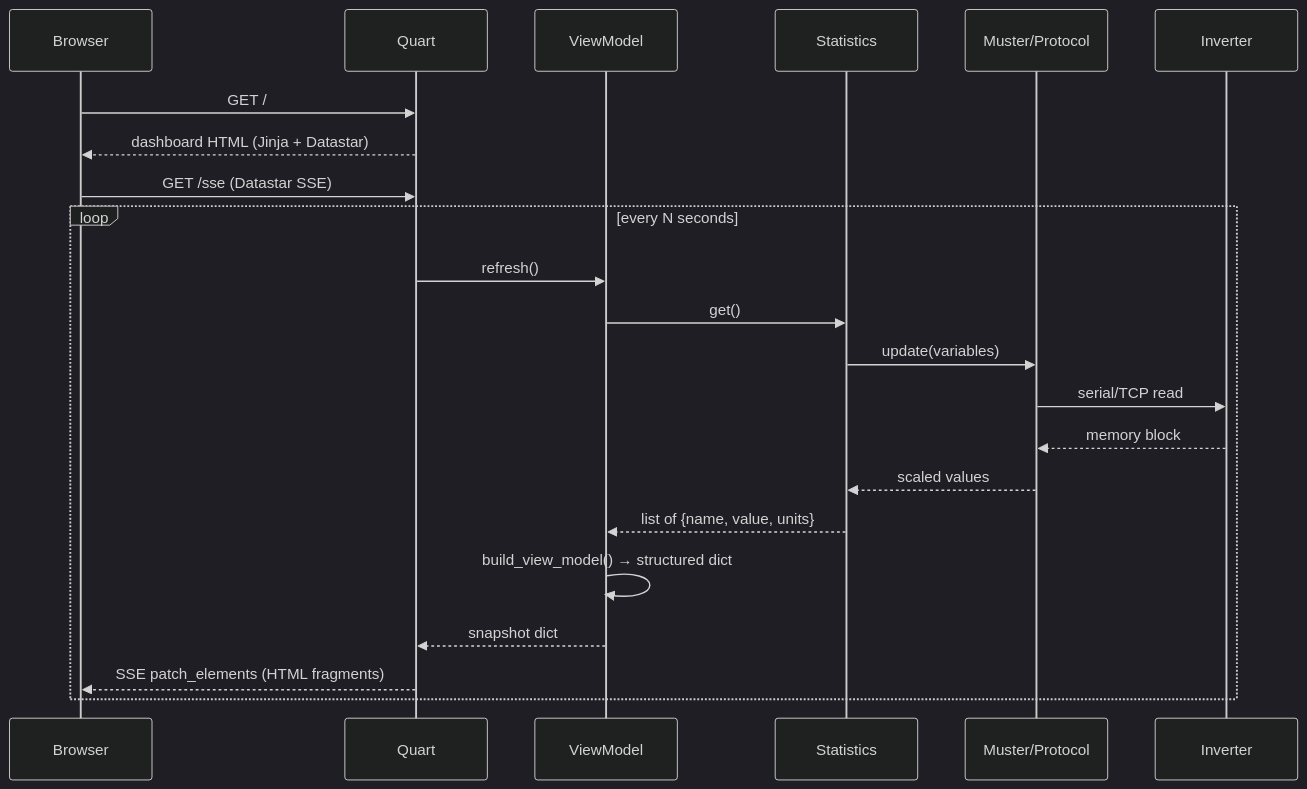
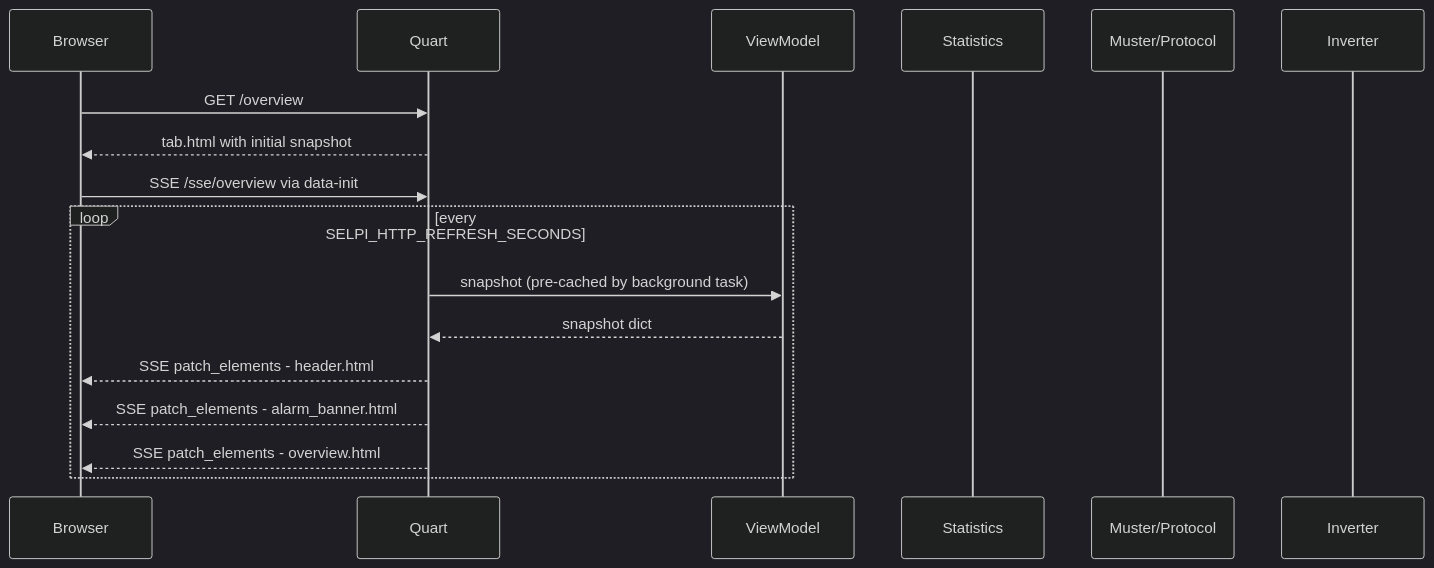
Before and after one commit to cjpit/selpi: the third of 3 diagrams in AGENTS.md, drawn with Mermaid (dark theme). The commit also changed other lines of this file, not shown here.

````diff
--- a/AGENTS.md
+++ b/AGENTS.md
@@ -112,25 +208,20 @@
 ```mermaid
 sequenceDiagram
   participant Browser
   participant Quart
   participant VM as ViewModel
   participant Stats as Statistics
   participant Muster as Muster/Protocol
   participant Inverter
 
-  Browser->>Quart: GET /
-  Quart-->>Browser: dashboard HTML (Jinja + Datastar)
-  Browser->>Quart: GET /sse (Datastar SSE)
-  loop every N seconds
-    Quart->>VM: refresh()
-    VM->>Stats: get()
-    Stats->>Muster: update(variables)
-    Muster->>Inverter: serial/TCP read
-    Inverter-->>Muster: memory block
-    Muster-->>Stats: scaled values
-    Stats-->>VM: list of {name, value, units}
-    VM->>VM: build_view_model() → structured dict
+  Browser->>Quart: GET /overview
+  Quart-->>Browser: tab.html with initial snapshot
+  Browser->>Quart: SSE /sse/overview via data-init
+  loop every SELPI_HTTP_REFRESH_SECONDS
+    Quart->>VM: snapshot (pre-cached by background task)
     VM-->>Quart: snapshot dict
-    Quart-->>Browser: SSE patch_elements (HTML fragments)
+    Quart-->>Browser: SSE patch_elements - header.html
+    Quart-->>Browser: SSE patch_elements - alarm_banner.html
+    Quart-->>Browser: SSE patch_elements - overview.html
   end
 ```
````
